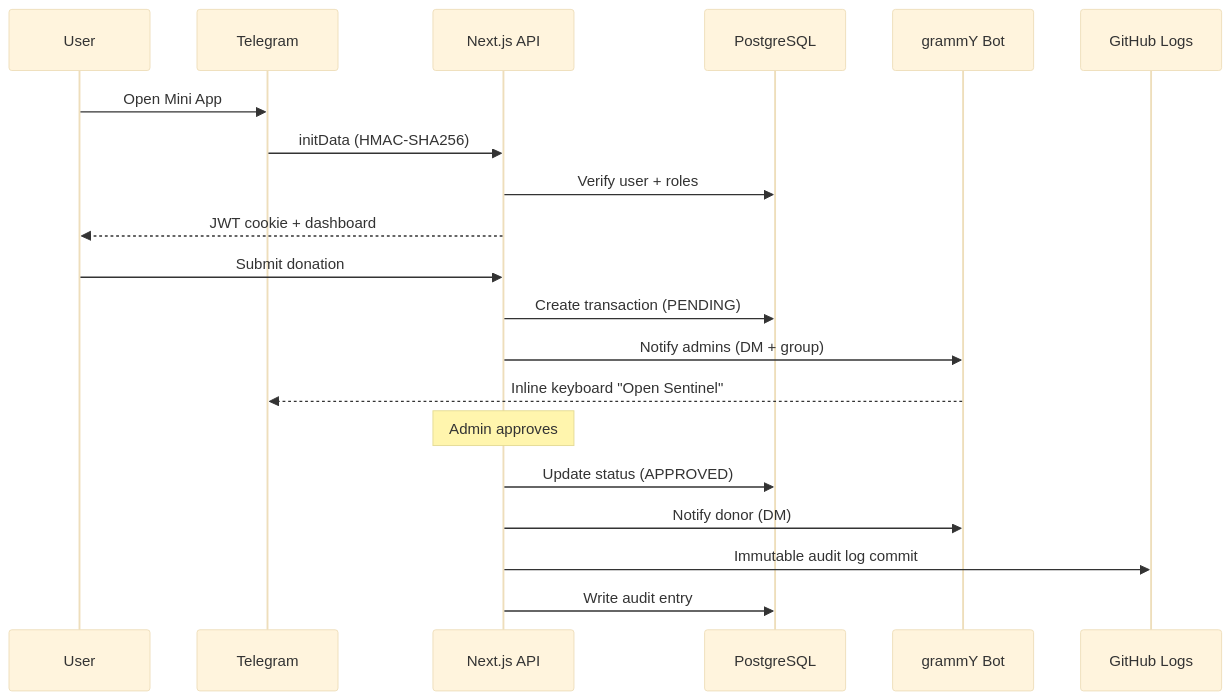
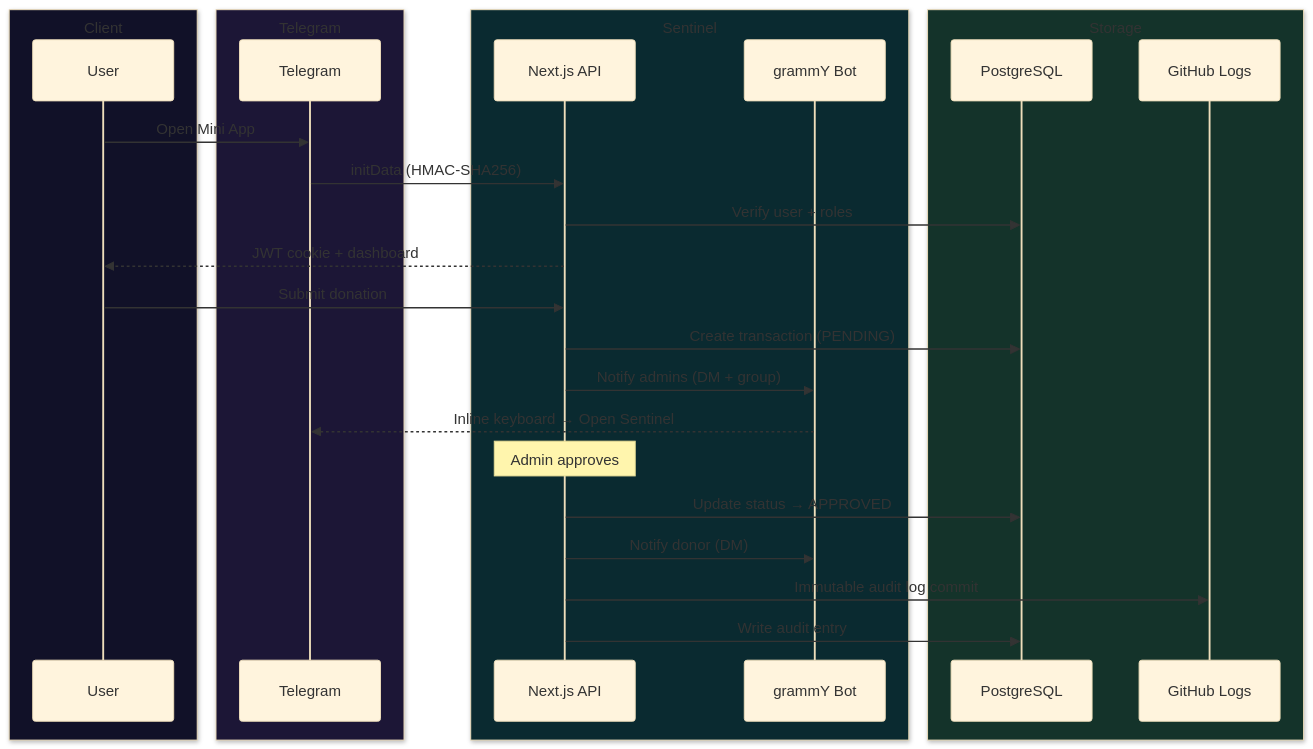
One commit to zxcvresque/Pzp-Sentinel changed the second of 4 diagrams in README.md. Above: the diagram before and after it, drawn with Mermaid (base theme). The commit also changed other lines of this file, not shown here.

First line of the commit message:
docs: add color styling to all Mermaid diagrams in README

````diff
--- a/README.md
+++ b/README.md
@@ -68,25 +89,33 @@
 ```mermaid
 sequenceDiagram
-  participant U as User
-  participant TG as Telegram
-  participant App as Next.js API
-  participant DB as PostgreSQL
-  participant Bot as grammY Bot
-  participant GH as GitHub Logs
+  box rgb(17, 17, 40) Client
+    participant U as User
+  end
+  box rgb(28, 22, 54) Telegram
+    participant TG as Telegram
+  end
+  box rgb(10, 42, 48) Sentinel
+    participant App as Next.js API
+    participant Bot as grammY Bot
+  end
+  box rgb(20, 51, 42) Storage
+    participant DB as PostgreSQL
+    participant GH as GitHub Logs
+  end
 
   U->>TG: Open Mini App
   TG->>App: initData (HMAC-SHA256)
   App->>DB: Verify user + roles
   App-->>U: JWT cookie + dashboard
 
   U->>App: Submit donation
   App->>DB: Create transaction (PENDING)
   App->>Bot: Notify admins (DM + group)
-  Bot-->>TG: Inline keyboard "Open Sentinel"
+  Bot-->>TG: Inline keyboard → Open Sentinel
 
   Note over App: Admin approves
-  App->>DB: Update status (APPROVED)
+  App->>DB: Update status → APPROVED
   App->>Bot: Notify donor (DM)
   App->>GH: Immutable audit log commit
   App->>DB: Write audit entry
 ```
````
